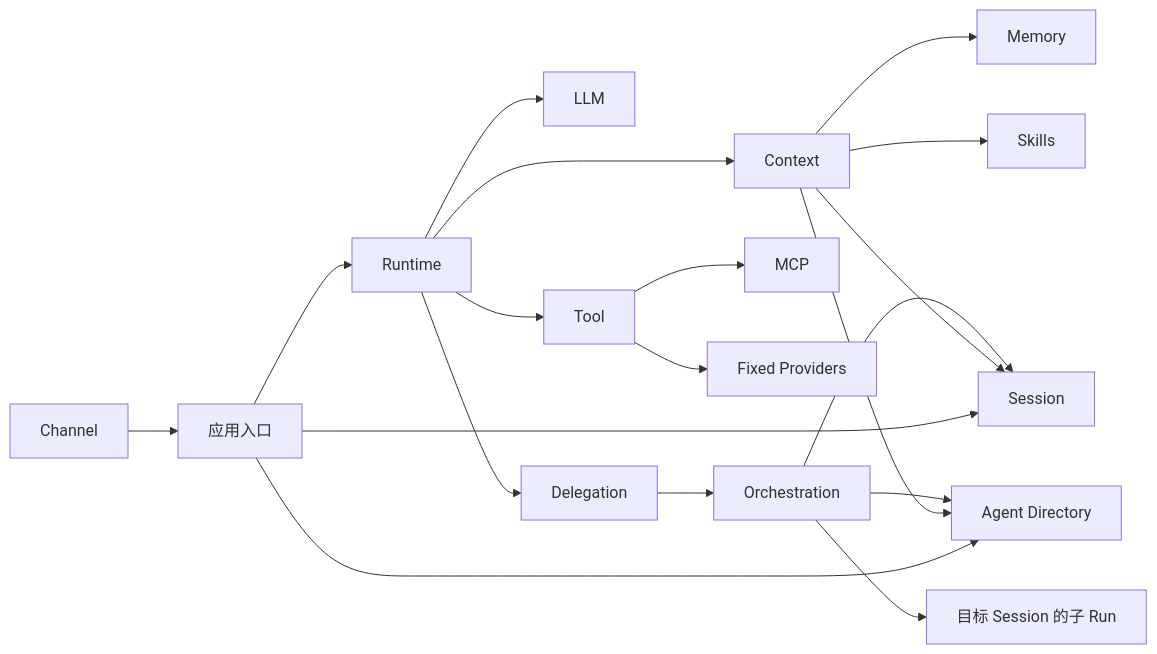
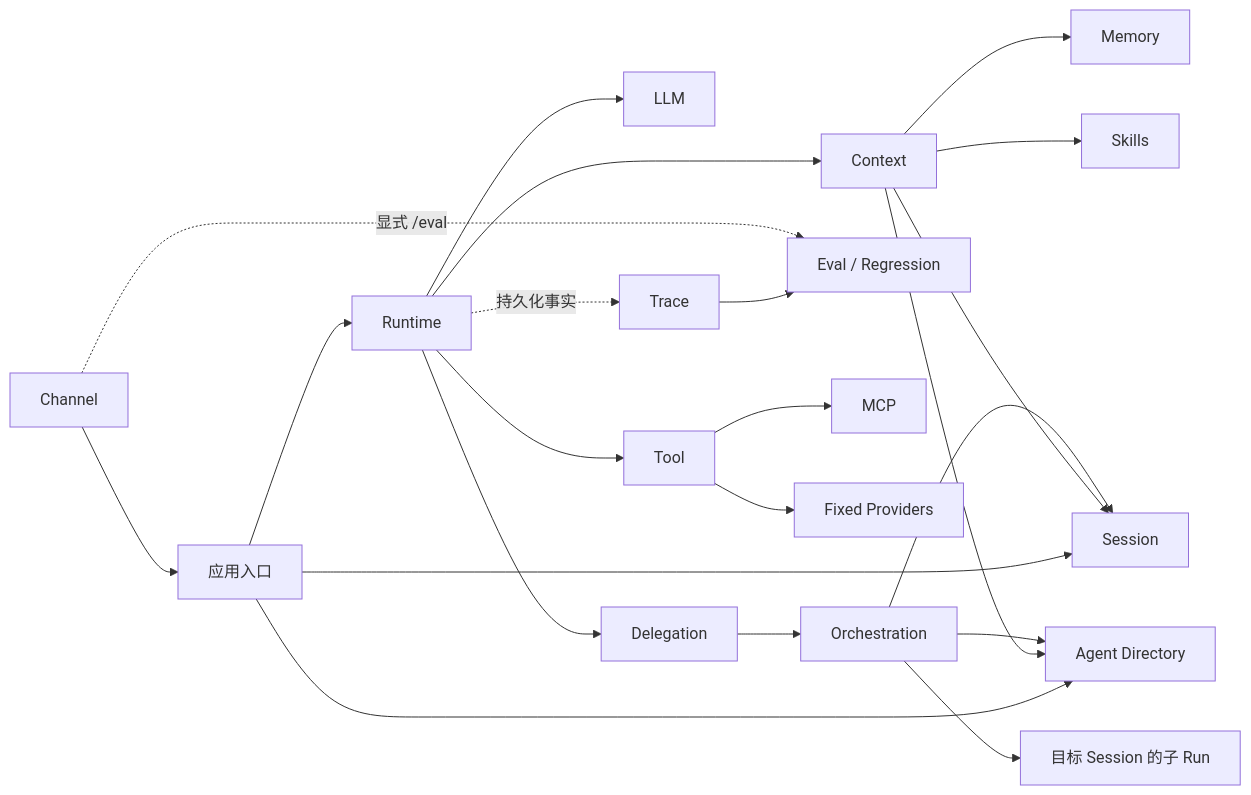
Before and after one commit to aandbcct/dotClaw: the fourth of 5 diagrams in docs/wiki/readme.md, drawn with Mermaid. The commit also changed other lines of this file and 2 other files, not shown here.

Commit message:
wiki(eval): 更新了eval模块的wiki和readme

````diff
--- a/docs/wiki/readme.md
+++ b/docs/wiki/readme.md
@@ -246,25 +262,29 @@
 ```mermaid
 flowchart LR
     Channel["Channel"] --> App["应用入口"]
     App --> Runtime["Runtime"]
     App --> Session["Session"]
     App --> Agent["Agent Directory"]
 
     Runtime --> Context["Context"]
     Runtime --> LLM["LLM"]
     Runtime --> Tool["Tool"]
     Runtime --> Delegation["Delegation"]
+
+    Runtime -.持久化事实.-> Trace["Trace"]
+    Trace --> Eval["Eval / Regression"]
+    Channel -.显式 /eval.-> Eval
 
     Context --> Session
     Context --> Agent
     Context --> Memory["Memory"]
     Context --> Skills["Skills"]
 
     Tool --> MCP["MCP"]
     Tool --> Providers["Fixed Providers"]
 
     Delegation --> Orchestration["Orchestration"]
     Orchestration --> Agent
     Orchestration --> Session
     Orchestration --> ChildRun["目标 Session 的子 Run"]
 ```
````
